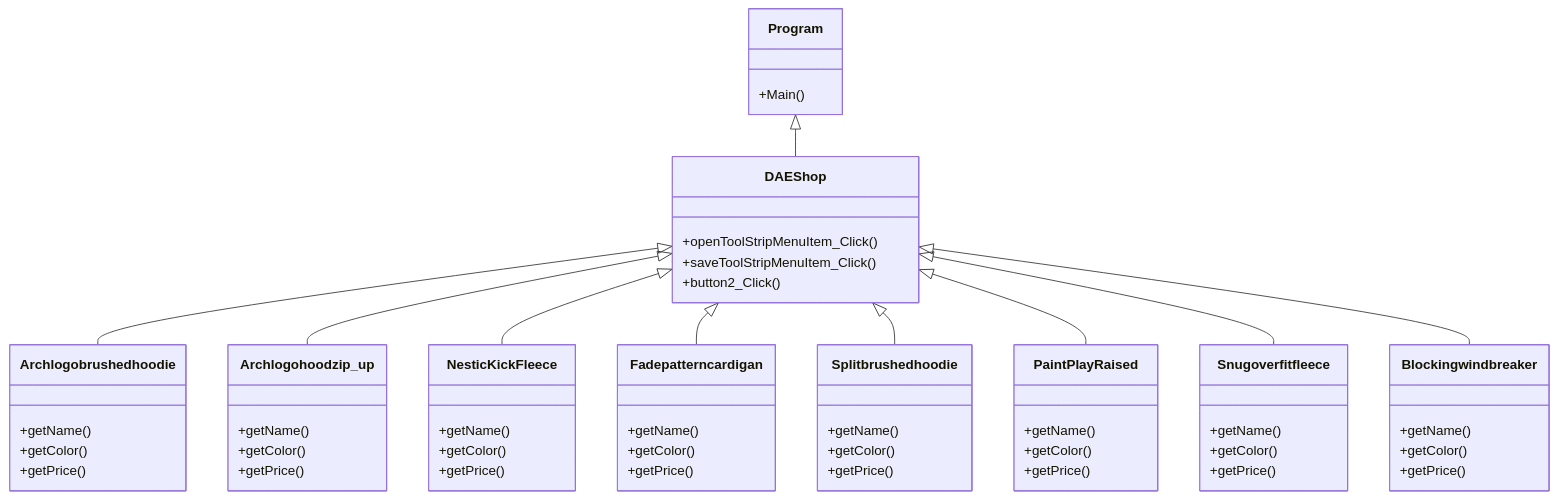
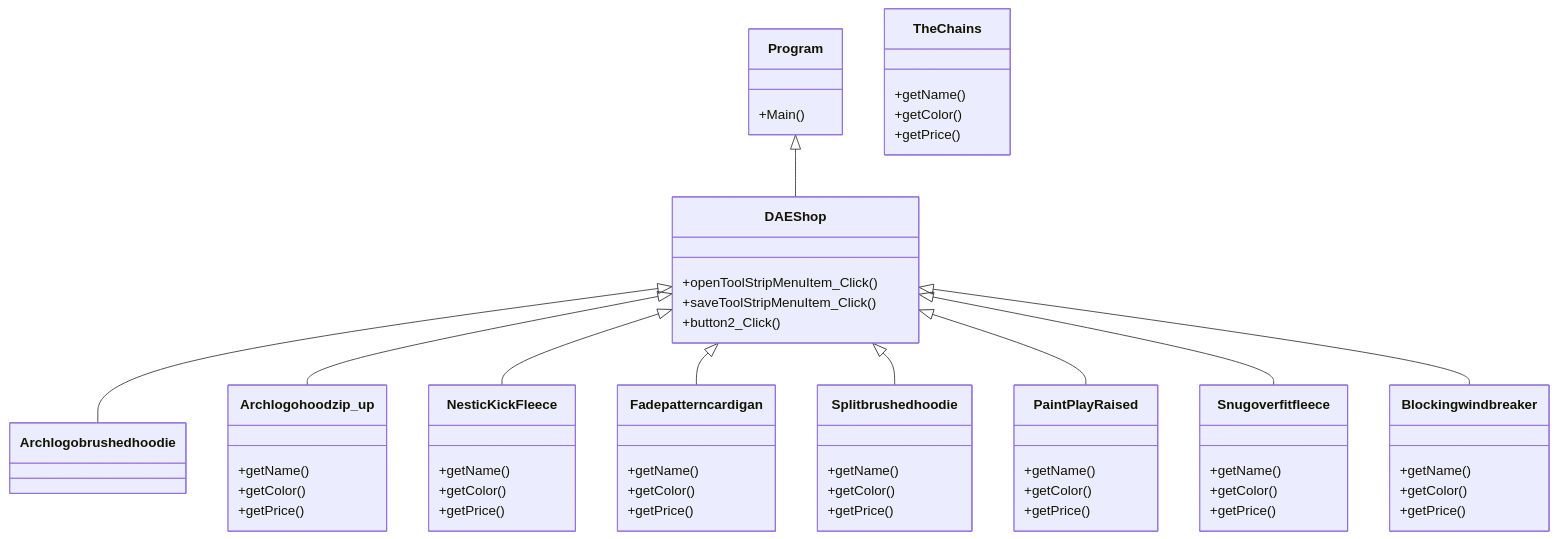
Before and after one commit to Natthawan31/Project-Nattawan: the diagram in README.md, drawn with Mermaid.

````diff
--- a/README.md
+++ b/README.md
@@ -13,59 +13,59 @@
 ```mermaid
 classDiagram
     Program <|-- DAEShop
     DAEShop <|-- Archlogobrushedhoodie
     DAEShop <|-- Archlogohoodzip_up
     DAEShop <|-- NesticKickFleece
     DAEShop <|-- Fadepatterncardigan
     DAEShop <|-- Splitbrushedhoodie
     DAEShop <|-- PaintPlayRaised
     DAEShop <|-- Snugoverfitfleece
     DAEShop <|-- Blockingwindbreaker
     Program : +Main()
     class DAEShop{
         +openToolStripMenuItem_Click()
         +saveToolStripMenuItem_Click()
         +button2_Click()
     }
-    class Archlogobrushedhoodie{
+    class The Chains{
         +getName()
         +getColor()
         +getPrice()
         
     }
     class Archlogohoodzip_up{
         +getName()
         +getColor()
         +getPrice()
     }
     class NesticKickFleece{
         +getName()
         +getColor()
         +getPrice()    
     }
     class Fadepatterncardigan{
         +getName()
         +getColor()
         +getPrice()
     }
     class Splitbrushedhoodie{
         +getName()
         +getColor()
         +getPrice()
     }
     class PaintPlayRaised{
         +getName()
         +getColor()
         +getPrice()
     }
     class Snugoverfitfleece{
         +getName()
         +getColor()
         +getPrice()
     }
     class Blockingwindbreaker{
         +getName()
         +getColor()
         +getPrice()
     }
 ```
````
